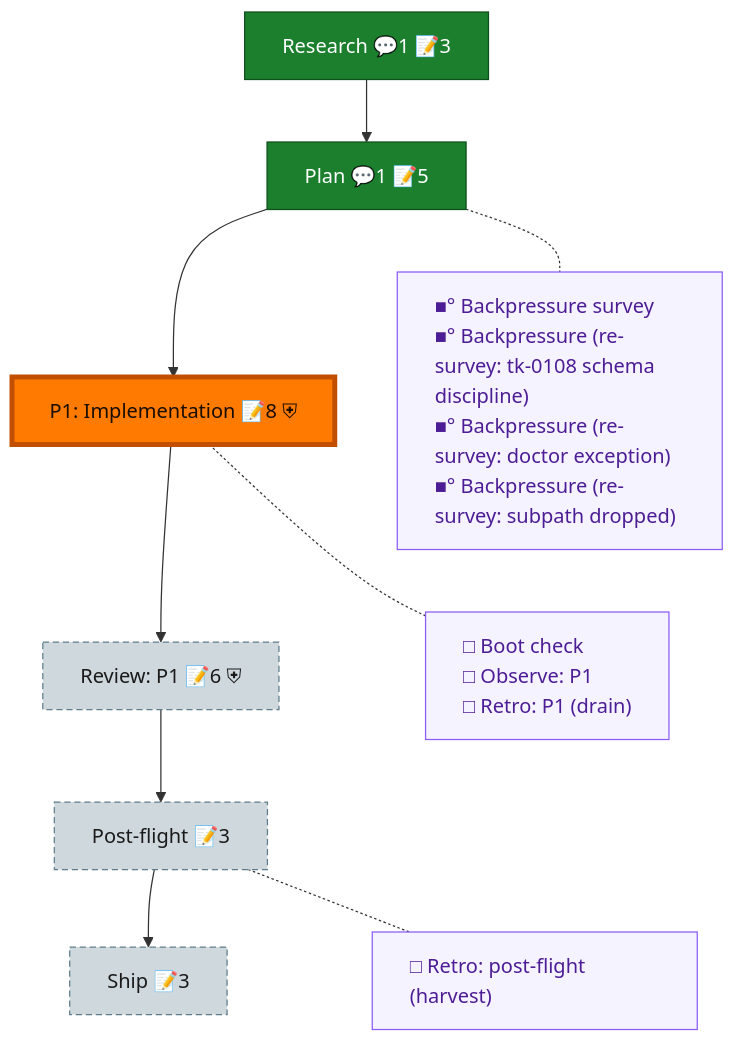
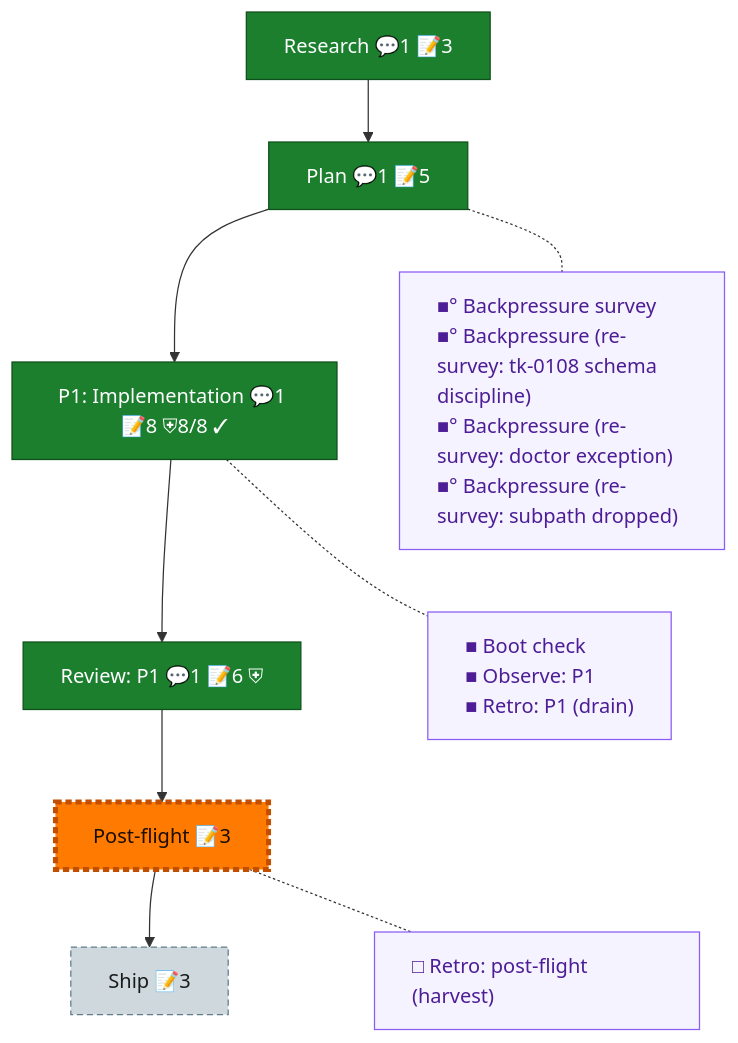
Before and after one commit to AI-Substrate/flowspace3: the diagram in docs/plans/003-first-light/the-flow.md, drawn with Mermaid. The commit also changed other lines of this file and 3 other files, not shown here.

Commit message:
chore(plan-003): backpressure receipts + flow closeout — first light COMPLETE

````diff
--- a/docs/plans/003-first-light/the-flow.md
+++ b/docs/plans/003-first-light/the-flow.md
@@ -8,30 +8,29 @@
 ```mermaid
 flowchart TD
     research["Research 💬1 📝3"]:::done
     plan["Plan 💬1 📝5"]:::done
-    phase_1["P1: Implementation 📝8 ⛨"]:::known
-    review_1["Review: P1 📝6 ⛨"]:::assumed
+    phase_1["P1: Implementation 💬1 📝8 ⛨8/8 ✓"]:::done
+    review_1["Review: P1 💬1 📝6 ⛨"]:::done
     post_flight["Post-flight 📝3"]:::assumed
     ship["Ship 📝3"]:::assumed
 
     research --> plan --> phase_1 --> review_1 --> post_flight --> ship
 
     planC["■° Backpressure survey<br/>■° Backpressure (re-survey: tk-0108 schema discipline)<br/>■° Backpressure (re-survey: doctor exception)<br/>■° Backpressure (re-survey: subpath dropped)"]:::chore
-    phase_1C["□ Boot check<br/>□ Observe: P1<br/>□ Retro: P1 (drain)"]:::chore
+    phase_1C["■ Boot check<br/>■ Observe: P1<br/>■ Retro: P1 (drain)"]:::chore
     post_flightC["□ Retro: post-flight (harvest)"]:::chore
 
     %% invisible chain holds the gutter boxes in their own column
     planC ~~~ phase_1C ~~~ post_flightC
 
     %% dotted links pull each gutter box beside its node
     plan -.- planC
     phase_1 -.- phase_1C
     post_flight -.- post_flightC
 
     classDef done fill:#1B7F2E,stroke:#0F4F1B,color:#fff;
-    classDef known fill:#1E73E8,stroke:#0D3F86,color:#fff;
     classDef assumed fill:#CFD8DC,stroke:#607D8B,color:#1a1a1a,stroke-dasharray:5 3;
     classDef chore fill:#f5f3ff,stroke:#8b5cf6,color:#4c1d95,text-align:left;
     classDef current fill:#FF7A00,stroke:#C24E00,color:#1a0e00,stroke-width:4px;
-    class phase_1 current;
+    class post_flight current;
 ```
````
